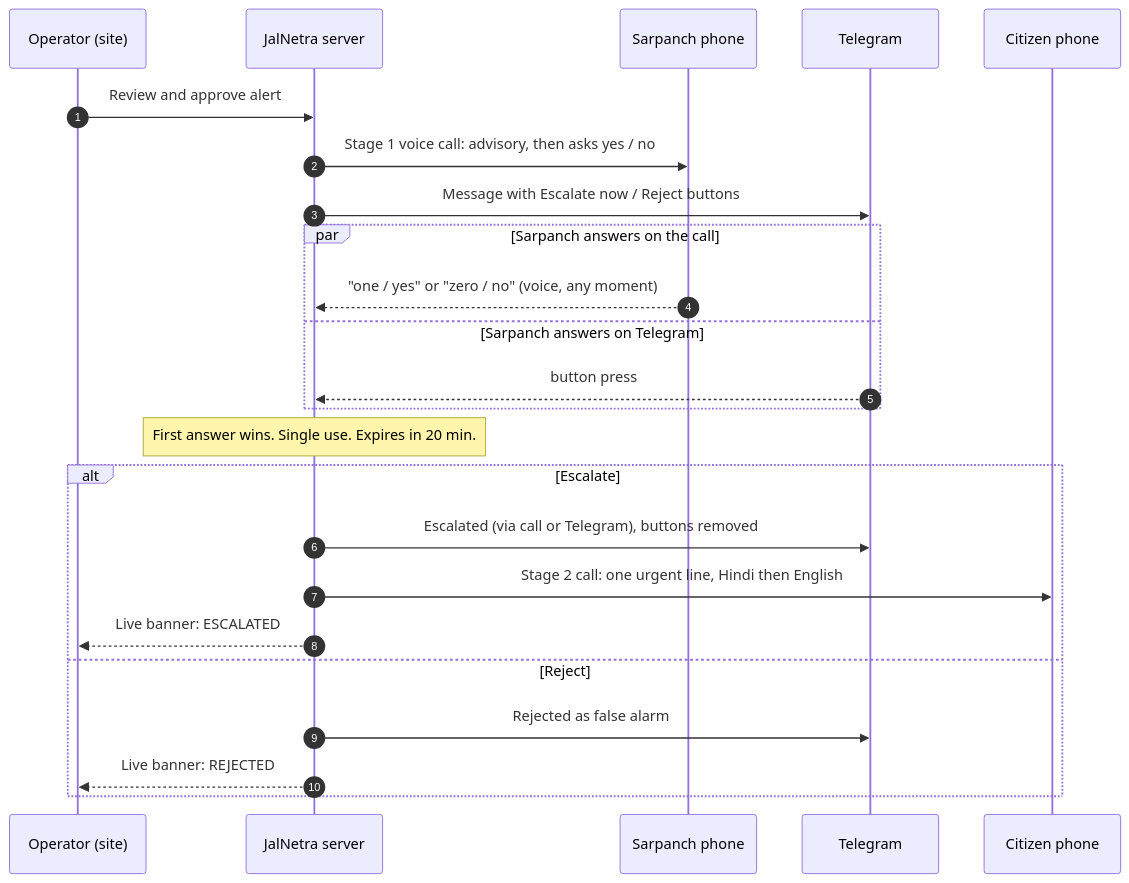
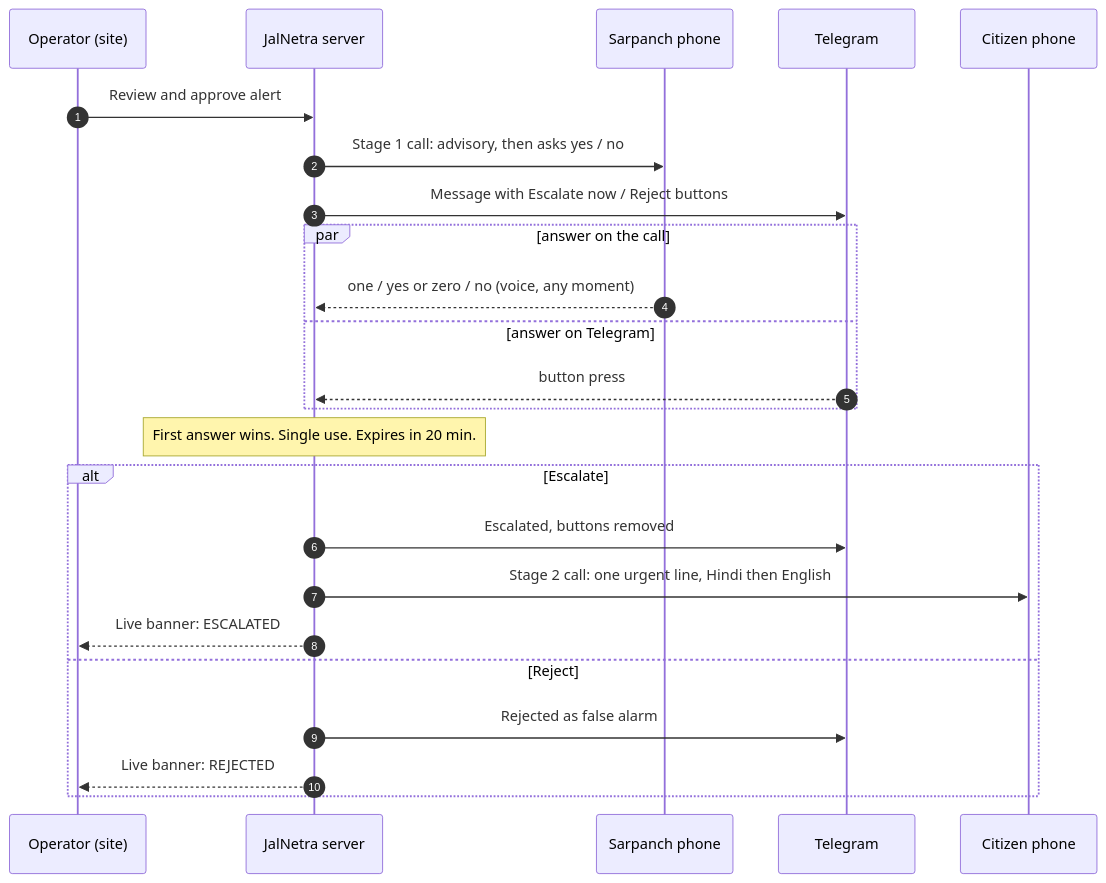
One commit to Piyush5525/JalNetra changed the fourth of 4 diagrams in README.md. Above: the diagram before and after it, drawn with Mermaid. The commit also changed other lines of this file and 1 other file, not shown here.

Commit message:
README: Sentinel-1/2 integration, backend, model code, run guide, four flowcharts

````diff
--- a/README.md
+++ b/README.md
@@ -106,26 +223,26 @@
 ```mermaid
 sequenceDiagram
   autonumber
   participant Op as Operator (site)
   participant S as JalNetra server
   participant Sa as Sarpanch phone
   participant T as Telegram
   participant C as Citizen phone
   Op->>S: Review and approve alert
-  S->>Sa: Stage 1 voice call: advisory, then asks yes / no
+  S->>Sa: Stage 1 call: advisory, then asks yes / no
   S->>T: Message with Escalate now / Reject buttons
-  par Sarpanch answers on the call
-    Sa-->>S: "one / yes" or "zero / no" (voice, any moment)
-  and Sarpanch answers on Telegram
+  par answer on the call
+    Sa-->>S: one / yes or zero / no (voice, any moment)
+  and answer on Telegram
     T-->>S: button press
   end
   Note over S: First answer wins. Single use. Expires in 20 min.
   alt Escalate
-    S->>T: Escalated (via call or Telegram), buttons removed
+    S->>T: Escalated, buttons removed
     S->>C: Stage 2 call: one urgent line, Hindi then English
     S-->>Op: Live banner: ESCALATED
   else Reject
     S->>T: Rejected as false alarm
     S-->>Op: Live banner: REJECTED
   end
 ```
````
